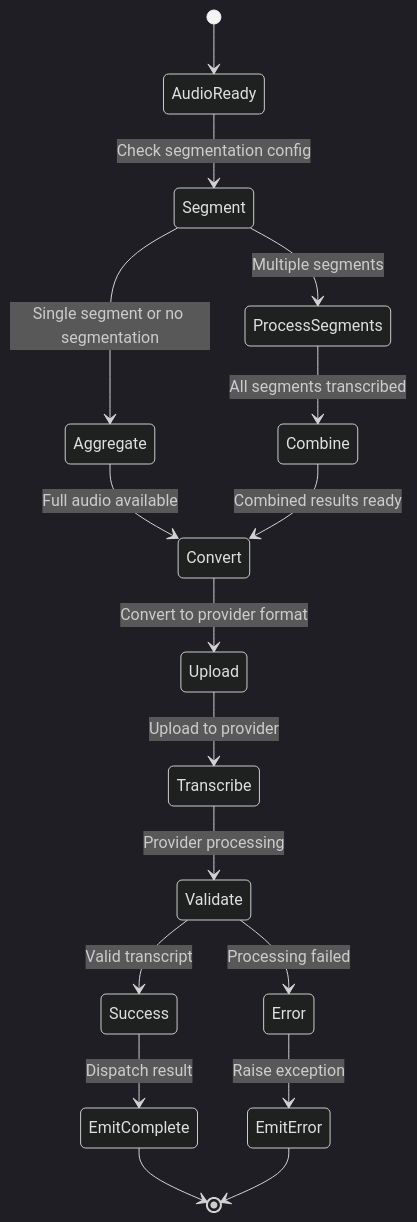
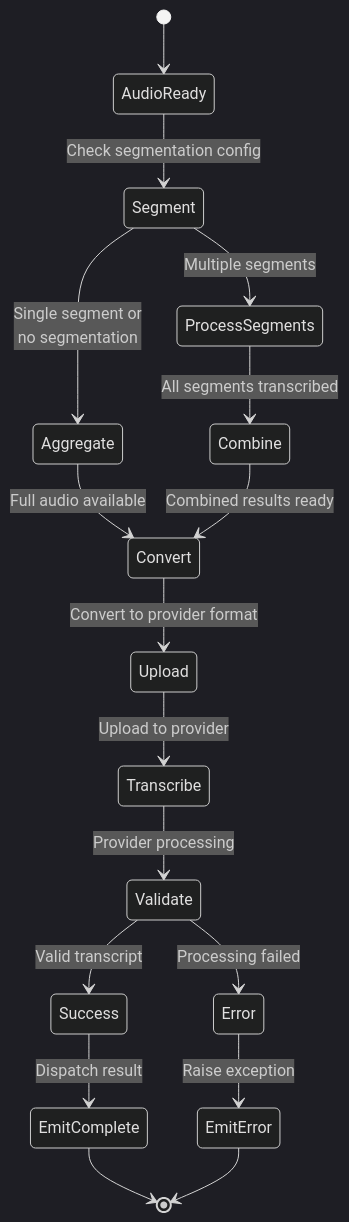
One commit to bradsjm/broadcastify-calls changed the sixth of 8 diagrams in README.md. Above: the diagram before and after it, drawn with Mermaid (dark theme). The commit also changed other lines of this file, not shown here.

````diff
--- a/README.md
+++ b/README.md
@@ -777,19 +777,19 @@
 ```mermaid
 stateDiagram-v2
     [*] --> AudioReady
     AudioReady --> Segment: Check segmentation config
-    Segment --> Aggregate: Single segment or no segmentation
+    Segment --> Aggregate: Single segment or<br/>no segmentation
     Segment --> ProcessSegments: Multiple segments
     ProcessSegments --> Combine: All segments transcribed
     Aggregate --> Convert: Full audio available
     Combine --> Convert: Combined results ready
     Convert --> Upload: Convert to provider format
     Upload --> Transcribe: Upload to provider
     Transcribe --> Validate: Provider processing
     Validate --> Success: Valid transcript
     Validate --> Error: Processing failed
     Success --> EmitComplete: Dispatch result
     Error --> EmitError: Raise exception
     EmitComplete --> [*]
     EmitError --> [*]
 ```
````
